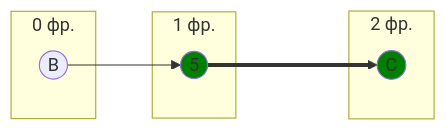
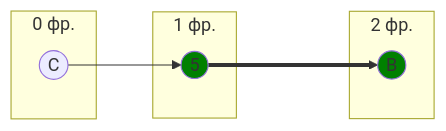
Before and after one commit to hse-algo-psapr-25/manual-tasks: the seventh of 10 diagrams in Задание 14/qwerty.md, drawn with Mermaid. The commit also changed other lines of this file, not shown here.

````diff
--- a/Задание 14/qwerty.md
+++ b/Задание 14/qwerty.md
@@ -286,16 +286,16 @@
 ```mermaid
 graph LR
     subgraph " 0 фр."
-        B((B))
+        C((C))
     end
     subgraph " 1 фр."
         5((5))
     end
     subgraph " 2 фр."
-        C((C))
+        B((B))
     end
-    B --> 5 ===> C
+    C --> 5 ===> B
     
-    style C fill:#008000
+    style B fill:#008000
     style 5 fill:#008000
 ```
````
